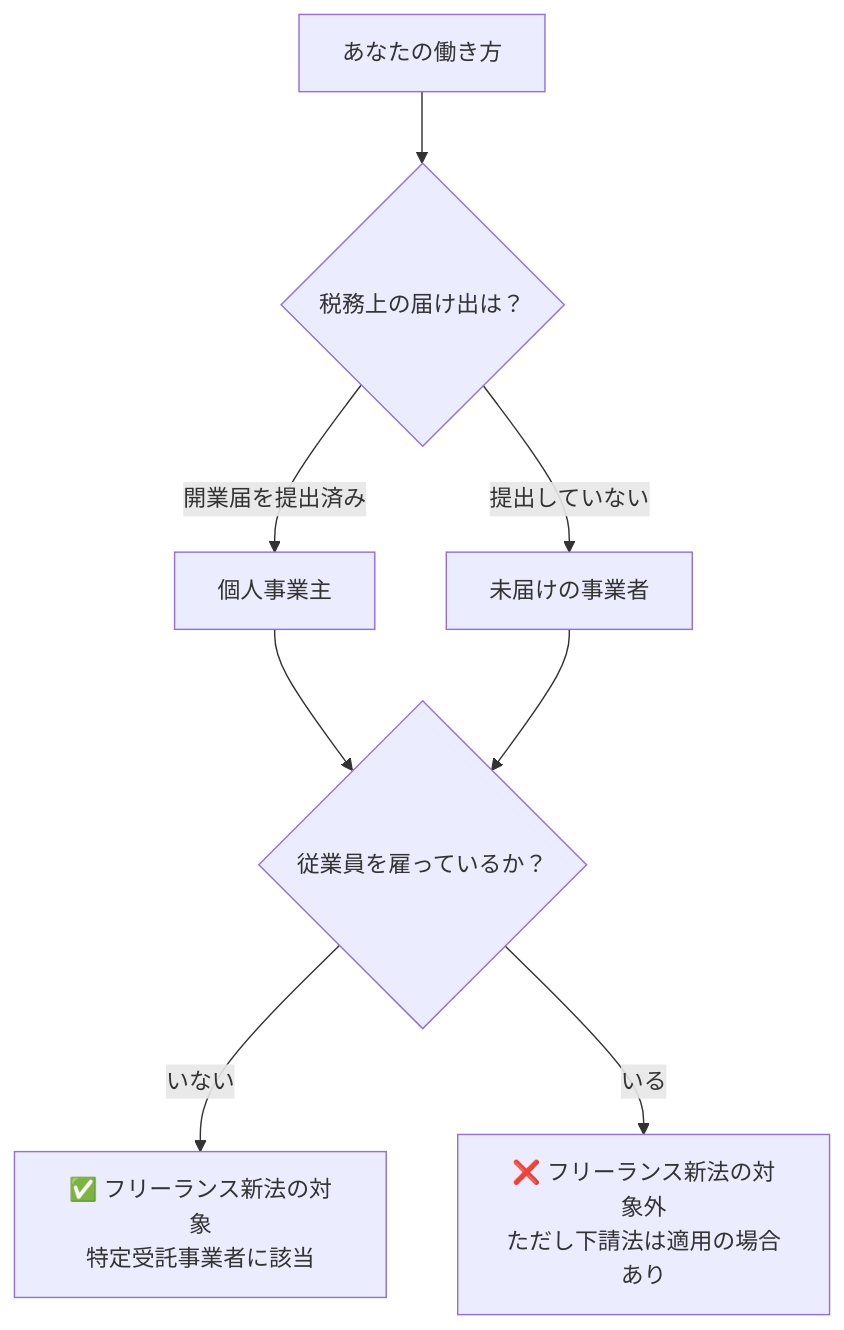
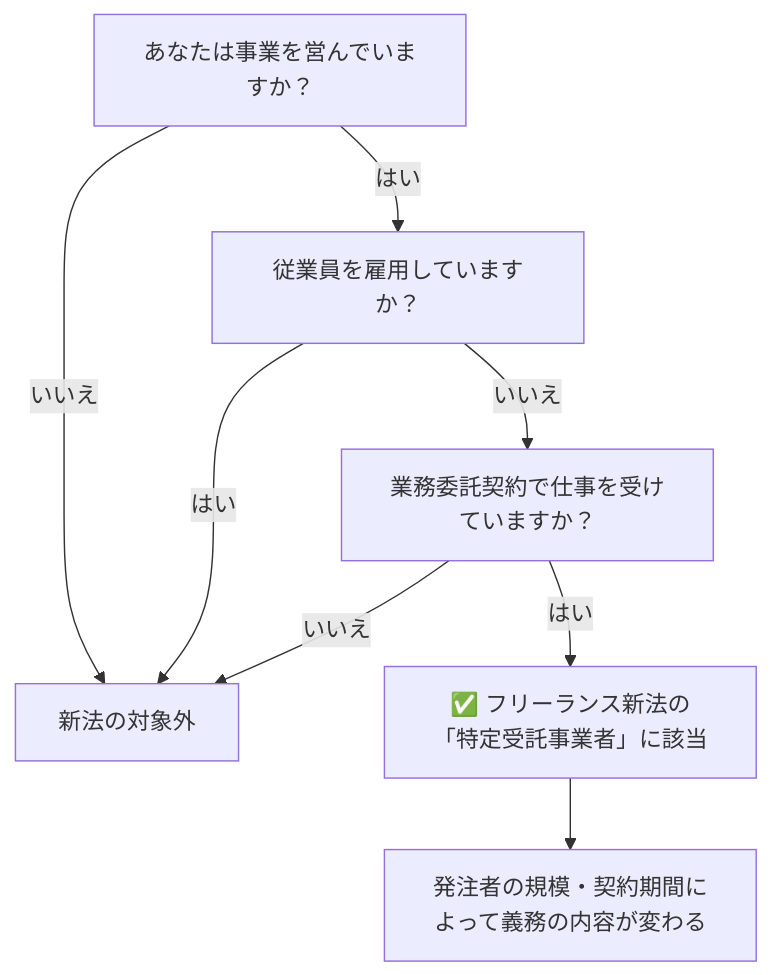
Before and after one commit to tukki-koh/freelance-articles: the diagram in 19_個人事業主とフリーランスの違い｜フリーランス新法の適用はどちらか.md, drawn with Mermaid. The commit also changed other lines of this file, not shown here.

````diff
--- a/19_個人事業主とフリーランスの違い｜フリーランス新法の適用はどちらか.md
+++ b/19_個人事業主とフリーランスの違い｜フリーランス新法の適用はどちらか.md
@@ -53,10 +53,10 @@
-```mermaid
+~~~mermaid
 flowchart TD
-    A[あなたの働き方] --> B{税務上の届け出は？}
-    B -->|開業届を提出済み| C[個人事業主]
-    B -->|提出していない| D[未届けの事業者]
-    C --> E{従業員を雇っているか？}
-    D --> E
-    E -->|いない| F[✅ フリーランス新法の対象<br/>特定受託事業者に該当]
-    E -->|いる| G[❌ フリーランス新法の対象外<br/>ただし下請法は適用の場合あり]
-```
+    A[あなたは事業を営んでいますか？] -->|はい| B[従業員を雇用していますか？]
+    A -->|いいえ| Z[新法の対象外]
+    B -->|いいえ| C[業務委託契約で仕事を受けていますか？]
+    B -->|はい| Z
+    C -->|はい| D[✅ フリーランス新法の「特定受託事業者」に該当]
+    C -->|いいえ| Z
+    D --> E[発注者の規模・契約期間によって義務の内容が変わる]
+~~~
````
